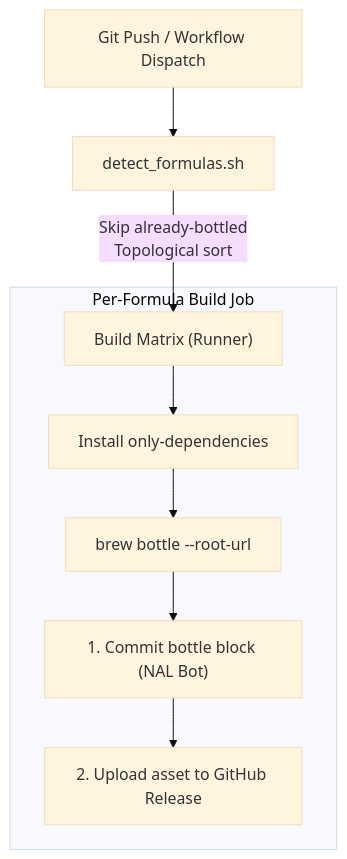
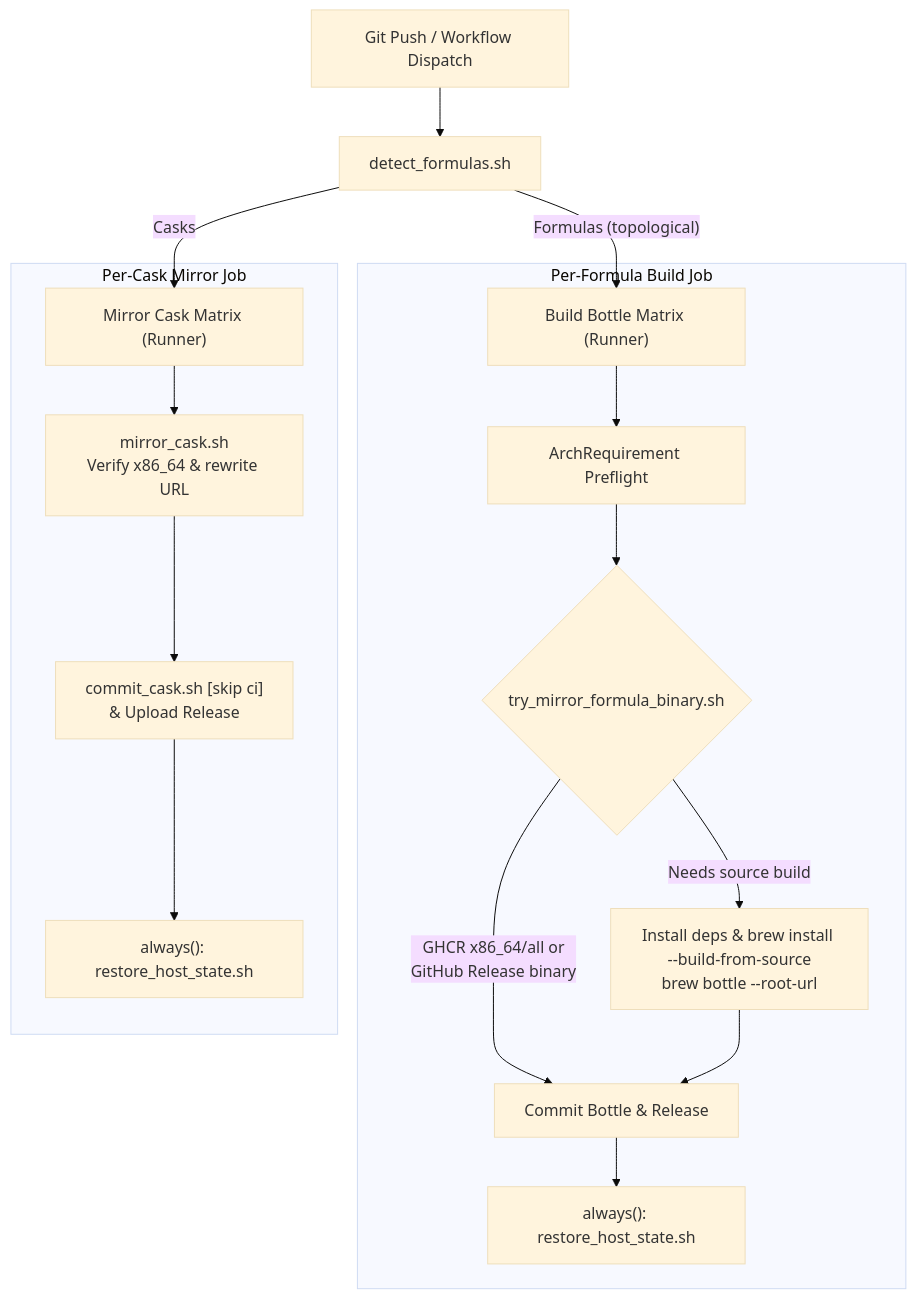
One commit to Jaewoook/homebrew-nal changed the third of 3 diagrams in ARCHITECTURE.md. Above: the diagram before and after it, drawn with Mermaid (base theme). The commit also changed other lines of this file and 3 other files, not shown here.

First line of the commit message:
docs: update README, architecture, runner setup, and PR template

````diff
--- a/ARCHITECTURE.md
+++ b/ARCHITECTURE.md
@@ -141,12 +153,21 @@
 ```mermaid
 flowchart TD
     Push["Git Push / Workflow Dispatch"] --> Detect["detect_formulas.sh"]
-    Detect -->|"Skip already-bottled\nTopological sort"| Matrix["Build Matrix (Runner)"]
-    
+    Detect -->|"Formulas (topological)"| BuildMatrix["Build Bottle Matrix (Runner)"]
+    Detect -->|"Casks"| CaskMatrix["Mirror Cask Matrix (Runner)"]
+
     subgraph BuildJob ["Per-Formula Build Job"]
-        Matrix --> InstallDeps["Install only-dependencies"]
-        InstallDeps --> BuildBottle["brew bottle --root-url"]
-        BuildBottle --> CommitBlock["1. Commit bottle block (NAL Bot)"]
-        CommitBlock --> UploadAsset["2. Upload asset to GitHub Release"]
+        BuildMatrix --> ArchCheck["ArchRequirement Preflight"]
+        ArchCheck --> FastPath{"try_mirror_formula_binary.sh"}
+        FastPath -->|"GHCR x86_64/all or\nGitHub Release binary"| CommitFormula["Commit Bottle & Release"]
+        FastPath -->|"Needs source build"| SourceBuild["Install deps & brew install --build-from-source\nbrew bottle --root-url"]
+        SourceBuild --> CommitFormula
+        CommitFormula --> RestoreFormula["always(): restore_host_state.sh"]
+    end
+
+    subgraph CaskJob ["Per-Cask Mirror Job"]
+        CaskMatrix --> MirrorCask["mirror_cask.sh\nVerify x86_64 & rewrite URL"]
+        MirrorCask --> CommitCask["commit_cask.sh [skip ci]\n& Upload Release"]
+        CommitCask --> RestoreCask["always(): restore_host_state.sh"]
     end
 ```
````
